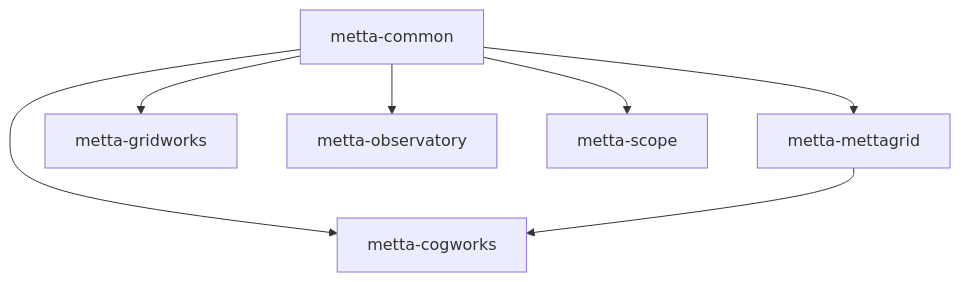
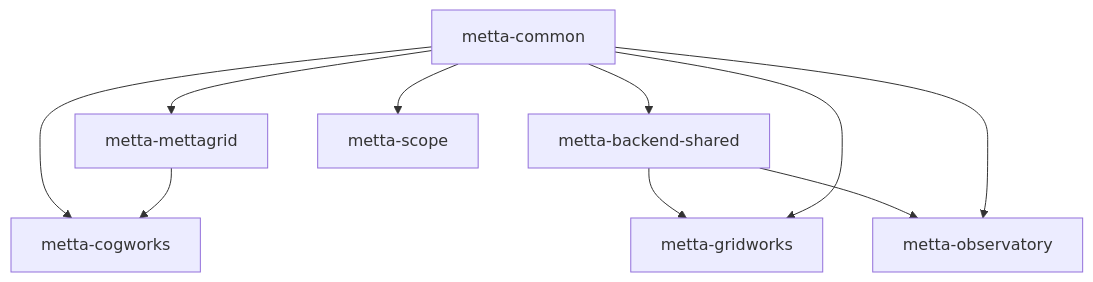
One commit to Metta-AI/metta changed the diagram in REPO_ORGANIZATION.md. Above: the diagram before and after it, drawn with Mermaid. The commit also changed other lines of this file, not shown here.

````diff
--- a/REPO_ORGANIZATION.md
+++ b/REPO_ORGANIZATION.md
@@ -311,9 +360,12 @@
 ```mermaid
 graph TD
     A[metta-common] --> B[metta-mettagrid]
     A --> C[metta-cogworks]
     B --> C
-    A --> D[metta-gridworks]
-    A --> E[metta-observatory]
-    A --> F[metta-scope]
+    A --> D[metta-backend-shared]
+    D --> E[metta-gridworks]
+    D --> F[metta-observatory]
+    A --> E
+    A --> F
+    A --> G[metta-scope]
 ```
````
